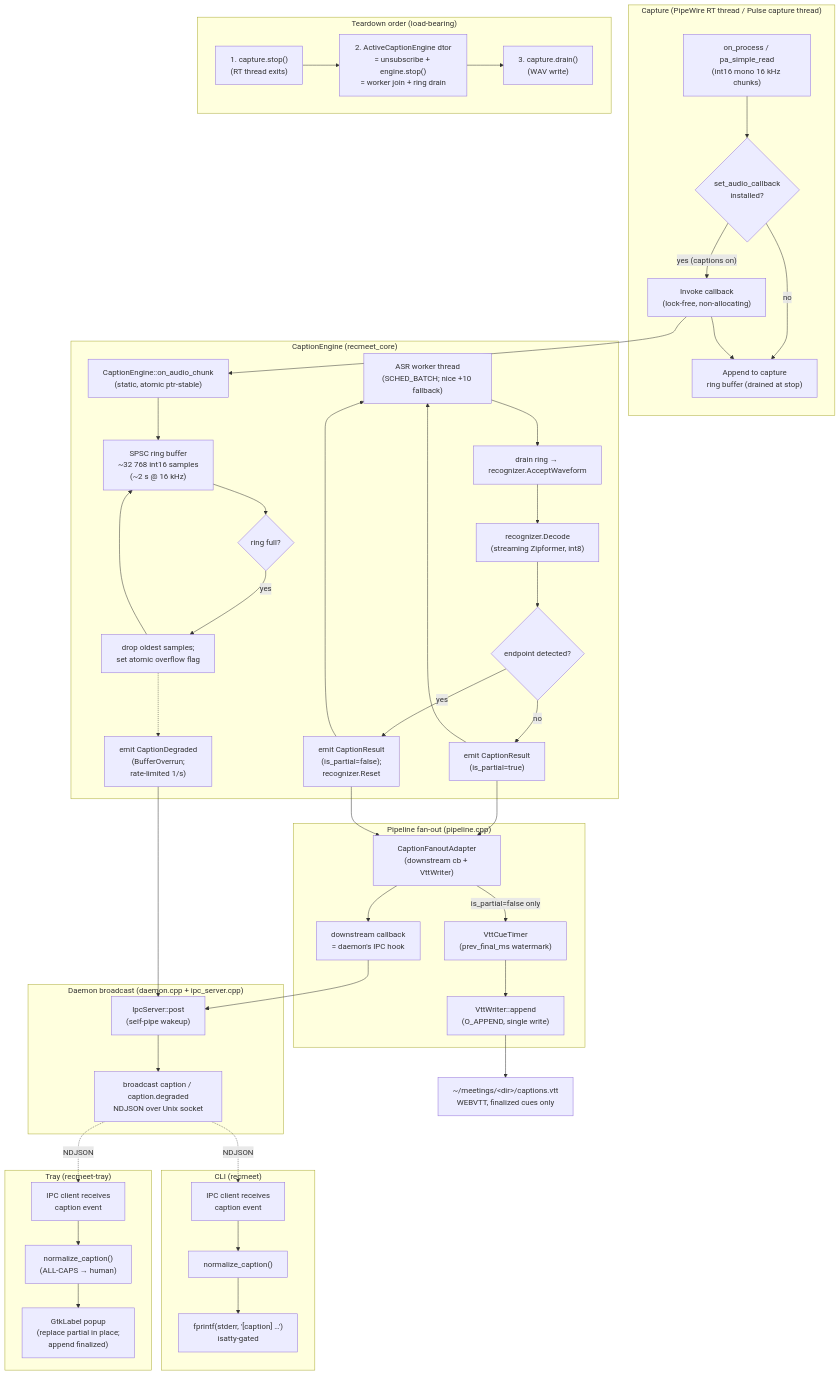
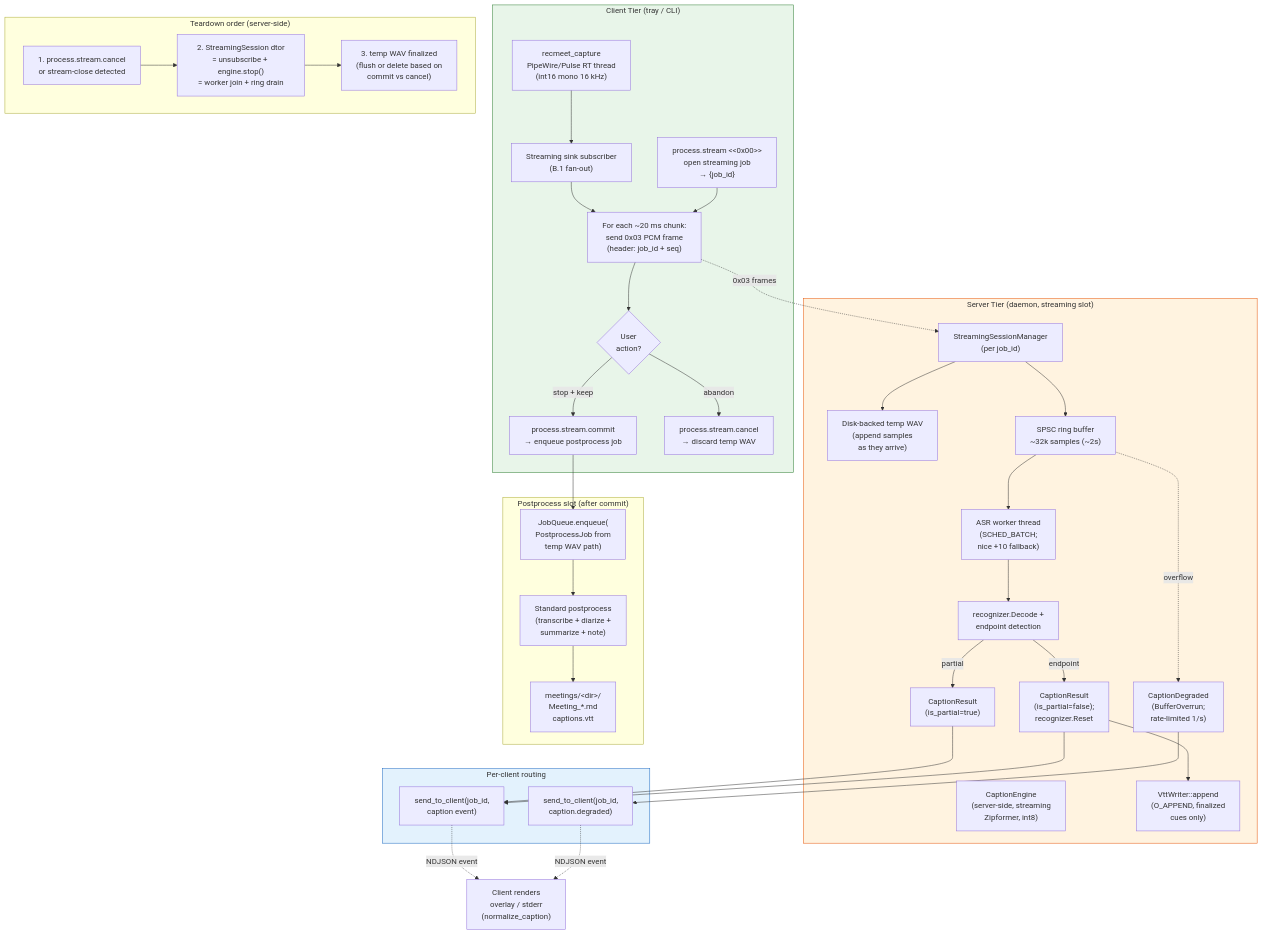
Diagram 33 of 33 in docs/COMPONENT-DIAGRAMS.md (suykerbuyk/recmeet), drawn with Mermaid before and after one commit. The commit also changed other lines of this file and 19 other files, not shown here.

````diff
--- a/docs/COMPONENT-DIAGRAMS.md
+++ b/docs/COMPONENT-DIAGRAMS.md
@@ -1493,80 +1689,70 @@
 ```mermaid
 flowchart TD
-    subgraph "Capture (PipeWire RT thread / Pulse capture thread)"
-        ON_PROC["on_process / pa_simple_read<br/>(int16 mono 16 kHz chunks)"]
-        SET_CB{"set_audio_callback<br/>installed?"}
-        BUF["Append to capture<br/>ring buffer (drained at stop)"]
-        PUSH["Invoke callback<br/>(lock-free, non-allocating)"]
+    subgraph CLIENT ["Client Tier (tray / CLI)"]
+        CAP["recmeet_capture<br/>PipeWire/Pulse RT thread<br/>(int16 mono 16 kHz)"]
+        SUB_STREAM["Streaming sink subscriber<br/>(B.1 fan-out)"]
+        OPEN["process.stream <<0x00>><br/>open streaming job<br/>→ {job_id}"]
+        FRAMES["For each ~20 ms chunk:<br/>send 0x03 PCM frame<br/>(header: job_id + seq)"]
+        COMMIT_DEC{"User<br/>action?"}
+        COMMIT["process.stream.commit<br/>→ enqueue postprocess job"]
+        CANCEL["process.stream.cancel<br/>→ discard temp WAV"]
 
-        ON_PROC --> SET_CB
-        SET_CB -->|"yes (captions on)"| PUSH
-        SET_CB -->|"no"| BUF
-        PUSH --> BUF
+        CAP --> SUB_STREAM --> FRAMES
+        OPEN --> FRAMES
+        FRAMES --> COMMIT_DEC
+        COMMIT_DEC -->|"stop + keep"| COMMIT
+        COMMIT_DEC -->|"abandon"| CANCEL
     end
 
-    subgraph "CaptionEngine (recmeet_core)"
-        CB_FN["CaptionEngine::on_audio_chunk<br/>(static, atomic ptr-stable)"]
-        RING["SPSC ring buffer<br/>~32 768 int16 samples<br/>(~2 s @ 16 kHz)"]
-        DROP{"ring full?"}
-        DROP_PATH["drop oldest samples;<br/>set atomic overflow flag"]
-        WORKER["ASR worker thread<br/>(SCHED_BATCH; nice +10 fallback)"]
-        DRAIN["drain ring → recognizer.AcceptWaveform"]
-        DECODE["recognizer.Decode<br/>(streaming Zipformer, int8)"]
-        ENDPOINT{"endpoint detected?"}
-        EMIT_PARTIAL["emit CaptionResult<br/>(is_partial=true)"]
-        EMIT_FINAL["emit CaptionResult<br/>(is_partial=false);<br/>recognizer.Reset"]
-        DEGRADED["emit CaptionDegraded<br/>(BufferOverrun;<br/>rate-limited 1/s)"]
+    subgraph DAEMON ["Server Tier (daemon, streaming slot)"]
+        SSM["StreamingSessionManager<br/>(per job_id)"]
+        TEMP_WAV["Disk-backed temp WAV<br/>(append samples<br/>as they arrive)"]
+        ENGINE["CaptionEngine<br/>(server-side, streaming<br/>Zipformer, int8)"]
+        RING["SPSC ring buffer<br/>~32k samples (~2s)"]
+        WORKER["ASR worker thread<br/>(SCHED_BATCH;<br/>nice +10 fallback)"]
+        DECODE["recognizer.Decode +<br/>endpoint detection"]
+        EMIT_PART["CaptionResult<br/>(is_partial=true)"]
+        EMIT_FIN["CaptionResult<br/>(is_partial=false);<br/>recognizer.Reset"]
+        DEGRADED["CaptionDegraded<br/>(BufferOverrun;<br/>rate-limited 1/s)"]
+        VTT["VttWriter::append<br/>(O_APPEND, finalized<br/>cues only)"]
 
-        PUSH --> CB_FN --> RING
-        RING --> DROP
-        DROP -->|"yes"| DROP_PATH --> RING
-        WORKER --> DRAIN --> DECODE --> ENDPOINT
-        ENDPOINT -->|"no"| EMIT_PARTIAL --> WORKER
-        ENDPOINT -->|"yes"| EMIT_FINAL --> WORKER
-        DROP_PATH -.-> DEGRADED
+        SSM --> TEMP_WAV
+        SSM --> RING
+        RING --> WORKER --> DECODE
+        DECODE -->|"partial"| EMIT_PART
+        DECODE -->|"endpoint"| EMIT_FIN
+        RING -.->|"overflow"| DEGRADED
+        EMIT_FIN --> VTT
     end
 
-    subgraph "Pipeline fan-out (pipeline.cpp)"
-        ADAPTER["CaptionFanoutAdapter<br/>(downstream cb + VttWriter)"]
-        DOWNSTREAM["downstream callback<br/>= daemon's IPC hook"]
-        VTT_TIMER["VttCueTimer<br/>(prev_final_ms watermark)"]
-        VTT_APPEND["VttWriter::append<br/>(O_APPEND, single write)"]
+    subgraph ROUTING ["Per-client routing"]
+        SEND_CAP["send_to_client(job_id,<br/>caption event)"]
+        SEND_DEG["send_to_client(job_id,<br/>caption.degraded)"]
     end
 
-    EMIT_PARTIAL --> ADAPTER
-    EMIT_FINAL --> ADAPTER
-    ADAPTER --> DOWNSTREAM
-    ADAPTER -->|"is_partial=false only"| VTT_TIMER --> VTT_APPEND
-
-    subgraph "Daemon broadcast (daemon.cpp + ipc_server.cpp)"
-        IPC_POST["IpcServer::post<br/>(self-pipe wakeup)"]
-        BROADCAST["broadcast caption / caption.degraded<br/>NDJSON over Unix socket"]
+    subgraph POSTPROCESS ["Postprocess slot (after commit)"]
+        ENQUEUE["JobQueue.enqueue(<br/>PostprocessJob from<br/>temp WAV path)"]
+        PP_RUN["Standard postprocess<br/>(transcribe + diarize +<br/>summarize + note)"]
+        ARTIFACTS["meetings/&lt;dir&gt;/<br/>Meeting_*.md<br/>captions.vtt"]
     end
 
-    DOWNSTREAM --> IPC_POST --> BROADCAST
-    DEGRADED --> IPC_POST
+    FRAMES -.->|"0x03 frames"| SSM
+    EMIT_PART --> SEND_CAP
+    EMIT_FIN --> SEND_CAP
+    DEGRADED --> SEND_DEG
+    SEND_CAP -.->|"NDJSON event"| CLIENT_RX["Client renders<br/>overlay / stderr<br/>(normalize_caption)"]
+    SEND_DEG -.->|"NDJSON event"| CLIENT_RX
 
-    subgraph "Tray (recmeet-tray)"
-        TRAY_RX["IPC client receives<br/>caption event"]
-        NORM_T["normalize_caption()<br/>(ALL-CAPS → human)"]
-        OVERLAY["GtkLabel popup<br/>(replace partial in place;<br/>append finalized)"]
+    COMMIT --> ENQUEUE --> PP_RUN --> ARTIFACTS
+
+    subgraph TEARDOWN ["Teardown order (server-side)"]
+        T1["1. process.stream.cancel<br/>or stream-close detected"]
+        T2["2. StreamingSession dtor<br/>= unsubscribe + engine.stop()<br/>= worker join + ring drain"]
+        T3["3. temp WAV finalized<br/>(flush or delete based on<br/>commit vs cancel)"]
+        T1 --> T2 --> T3
     end
 
-    subgraph "CLI (recmeet)"
-        CLI_RX["IPC client receives<br/>caption event"]
-        NORM_C["normalize_caption()"]
-        STDERR["fprintf(stderr, '[caption] …')<br/>isatty-gated"]
-    end
-
-    BROADCAST -.->|"NDJSON"| TRAY_RX --> NORM_T --> OVERLAY
-    BROADCAST -.->|"NDJSON"| CLI_RX --> NORM_C --> STDERR
-
-    VTT_APPEND --> SIDECAR["~/meetings/&lt;dir&gt;/captions.vtt<br/>WEBVTT, finalized cues only"]
-
-    subgraph "Teardown order (load-bearing)"
-        T1["1. capture.stop()<br/>(RT thread exits)"]
-        T2["2. ActiveCaptionEngine dtor<br/>= unsubscribe + engine.stop()<br/>= worker join + ring drain"]
-        T3["3. capture.drain()<br/>(WAV write)"]
-        T1 --> T2 --> T3
-    end
+    style CLIENT fill:#e8f5e9,stroke:#2e7d32
+    style DAEMON fill:#fff3e0,stroke:#e65100
+    style ROUTING fill:#e3f2fd,stroke:#1565c0
 ```
````
